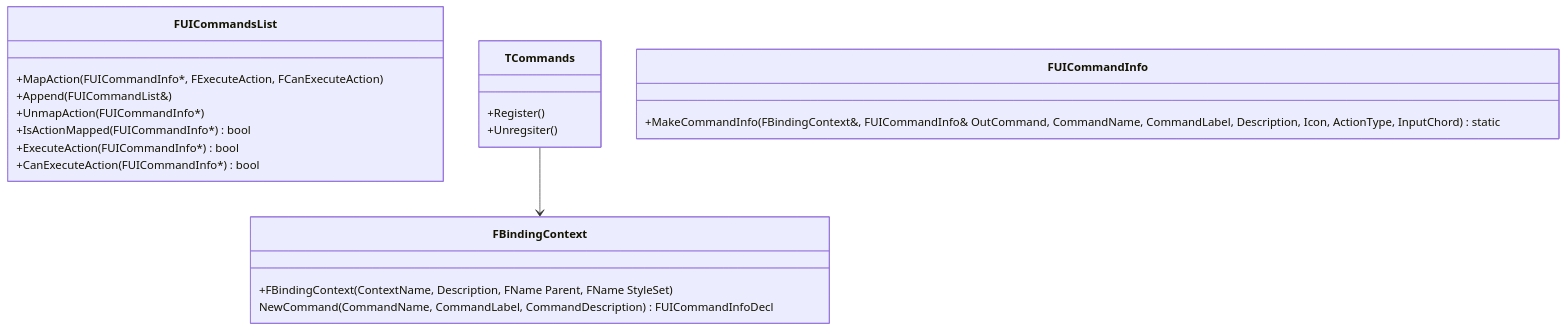
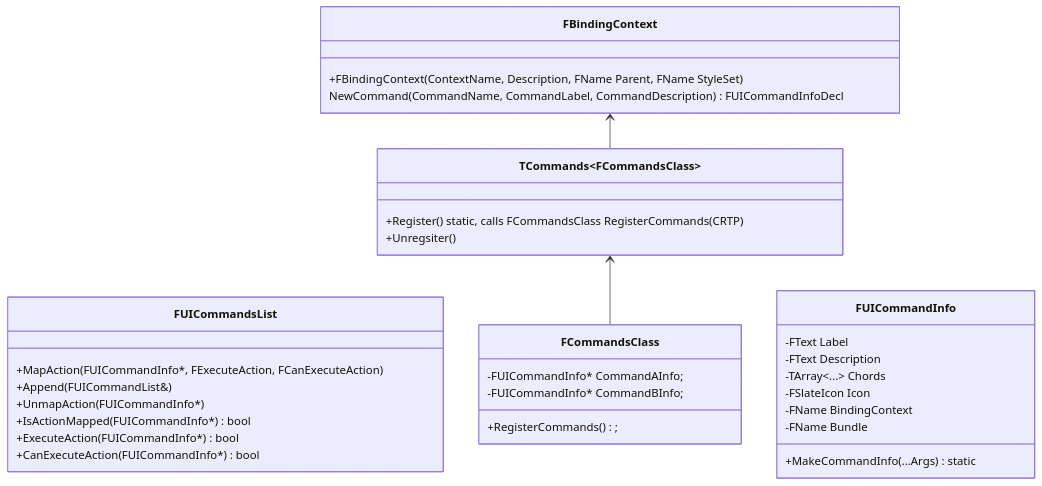
Before and after one commit to clutchOrK1ck/conspectus: the diagram in src/content/docs/unreal-engine/Editor/custom-menus.mdx, drawn with Mermaid. The commit also changed other lines of this file, not shown here.

````diff
--- a/src/content/docs/unreal-engine/Editor/custom-menus.mdx
+++ b/src/content/docs/unreal-engine/Editor/custom-menus.mdx
@@ -15,28 +15,42 @@
 ```mermaid
 classDiagram
+    direction BT
     class FUICommandsList {
         +MapAction(FUICommandInfo*, FExecuteAction, FCanExecuteAction)
         +Append(FUICommandList&)
         +UnmapAction(FUICommandInfo*)
         +IsActionMapped(FUICommandInfo*) bool
         +ExecuteAction(FUICommandInfo*) bool
         +CanExecuteAction(FUICommandInfo*) bool
     }
 
     class FBindingContext {
         +FBindingContext(ContextName, Description, FName Parent, FName StyleSet)
         NewCommand (CommandName, CommandLabel, CommandDescription) FUICommandInfoDecl
     }
 
-    class TCommands {
-        +Register()
+    class TCommands~FCommandsClass~ {
+        +Register() static, calls FCommandsClass RegisterCommands (CRTP)
         +Unregsiter()
     }
 
+    class FCommandsClass {
+        -FUICommandInfo* CommandAInfo;
+        -FUICommandInfo* CommandBInfo;
+        +RegisterCommands();
+    }
+
     class FUICommandInfo {
-        +MakeCommandInfo(FBindingContext&, FUICommandInfo& OutCommand, CommandName, CommandLabel, Description, Icon, ActionType, InputChord) static
+        -FText Label
+        -FText Description
+        -TArray<...> Chords
+        -FSlateIcon Icon
+        -FName BindingContext
+        -FName Bundle
+        +MakeCommandInfo(...Args) static
     }
     
 %% RELATIONSHIPS
 TCommands --> FBindingContext
+FCommandsClass --> TCommands~FCommandsClass~
 ```
````
